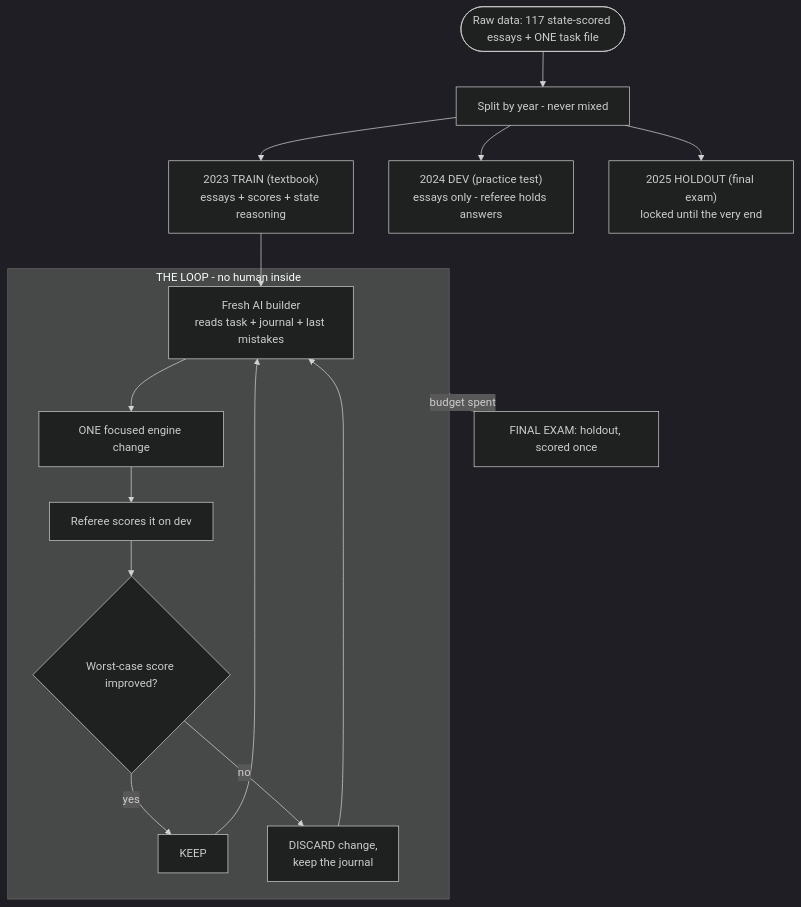
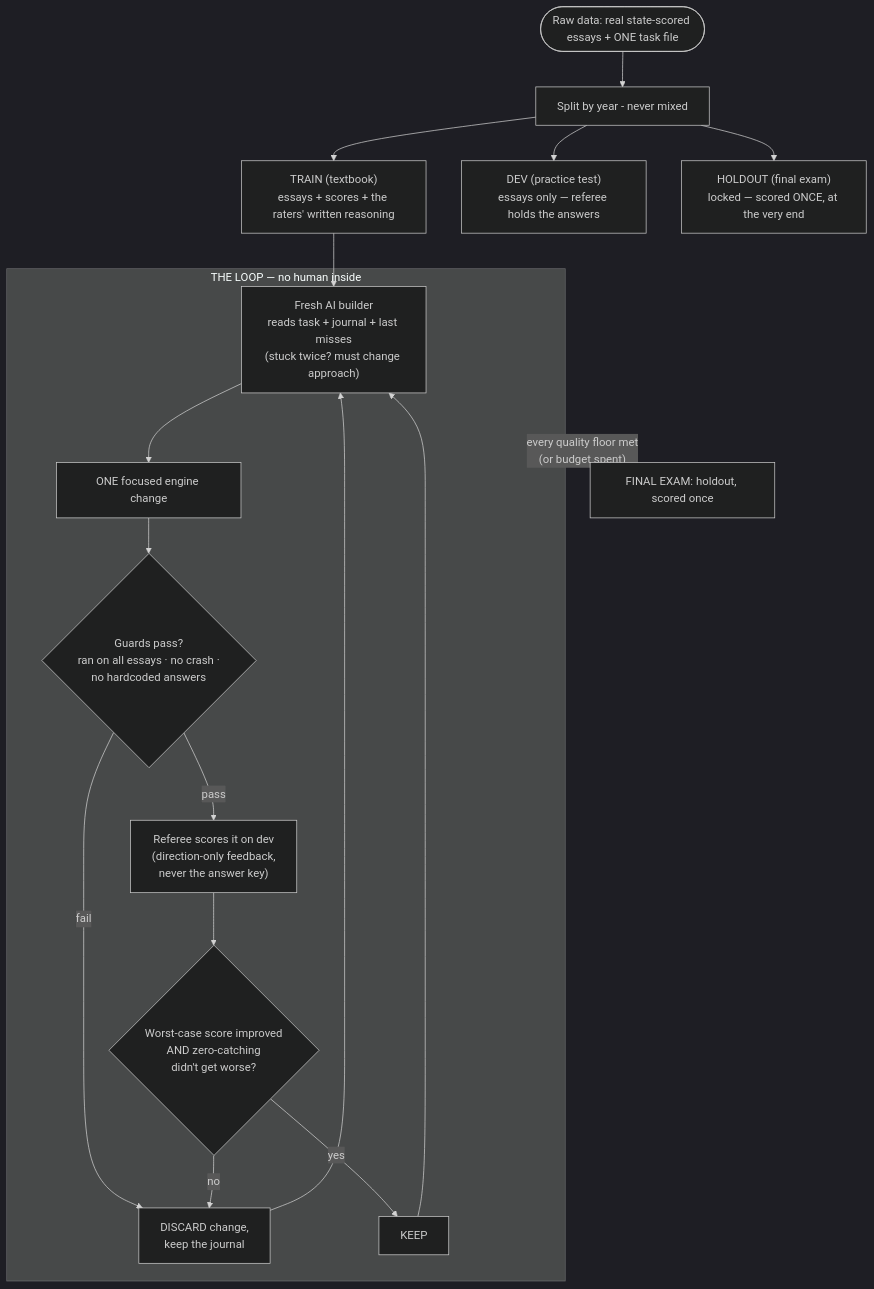
Before and after one commit to supe-log/writing-engine: the second of 5 diagrams in README.md, drawn with Mermaid (dark theme). The commit also changed other lines of this file, not shown here.

First line of the commit message:
README: plain-English glossary for every statistic + loop diagram matches the hardened harness

````diff
--- a/README.md
+++ b/README.md
@@ -166,18 +226,20 @@
 ```mermaid
 flowchart TD
-    RAW([Raw data: 117 state-scored essays + ONE task file]) --> SPLIT[Split by year - never mixed]
-    SPLIT --> T["2023 TRAIN (textbook)<br/>essays + scores + state reasoning"]
-    SPLIT --> DV["2024 DEV (practice test)<br/>essays only - referee holds answers"]
-    SPLIT --> HO["2025 HOLDOUT (final exam)<br/>locked until the very end"]
+    RAW([Raw data: real state-scored essays + ONE task file]) --> SPLIT[Split by year - never mixed]
+    SPLIT --> T["TRAIN (textbook)<br/>essays + scores + the raters' written reasoning"]
+    SPLIT --> DV["DEV (practice test)<br/>essays only — referee holds the answers"]
+    SPLIT --> HO["HOLDOUT (final exam)<br/>locked — scored ONCE, at the very end"]
     T --> A
-    subgraph LOOP["THE LOOP - no human inside"]
-        A["Fresh AI builder<br/>reads task + journal + last mistakes"] --> B["ONE focused engine change"]
-        B --> C["Referee scores it on dev"]
-        C --> Q{"Worst-case score improved?"}
+    subgraph LOOP["THE LOOP — no human inside"]
+        A["Fresh AI builder<br/>reads task + journal + last misses<br/>(stuck twice? must change approach)"] --> B["ONE focused engine change"]
+        B --> G{"Guards pass?<br/>ran on all essays · no crash ·<br/>no hardcoded answers"}
+        G -- fail --> X
+        G -- pass --> C["Referee scores it on dev<br/>(direction-only feedback,<br/>never the answer key)"]
+        C --> Q{"Worst-case score improved<br/>AND zero-catching<br/>didn't get worse?"}
         Q -- yes --> K[KEEP]
         Q -- no --> X["DISCARD change,<br/>keep the journal"]
         K --> A
         X --> A
     end
-    LOOP -->|budget spent| F["FINAL EXAM: holdout, scored once"]
+    LOOP -->|"every quality floor met<br/>(or budget spent)"| F["FINAL EXAM: holdout, scored once"]
 ```
````
